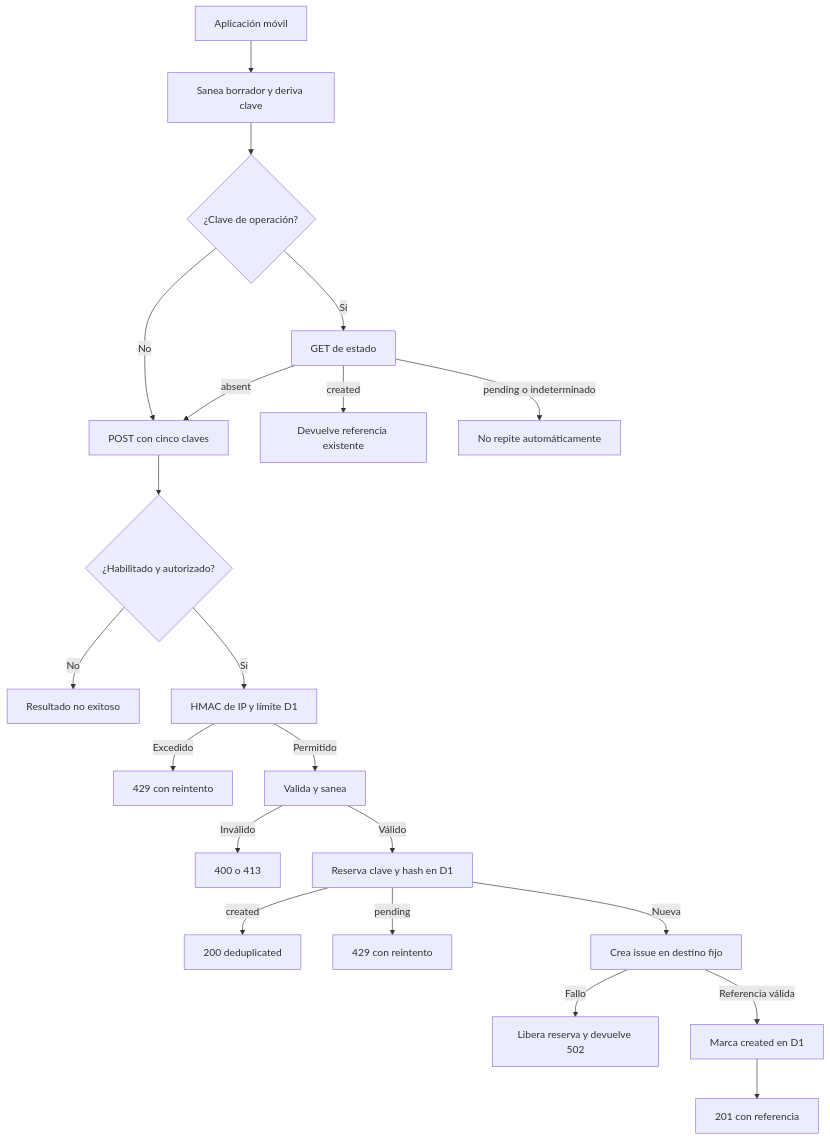
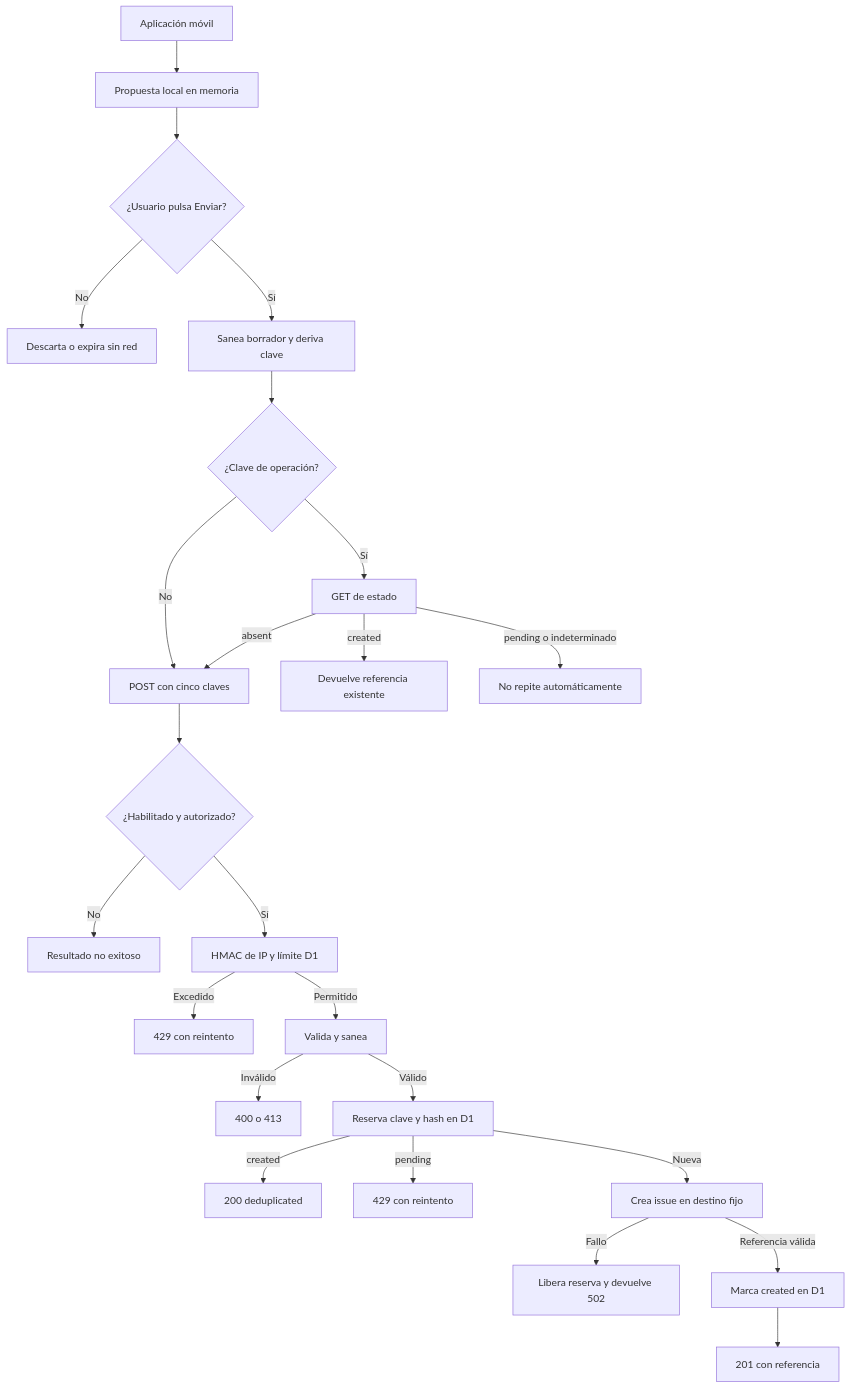
Before and after one commit to maximofn/gymnasia: the diagram in openwiki/services/feedback-worker.md, drawn with Mermaid. The commit also changed other lines of this file and 10 other files, not shown here.

````diff
--- a/openwiki/services/feedback-worker.md
+++ b/openwiki/services/feedback-worker.md
@@ -72,23 +83,26 @@
 ```mermaid
 flowchart TD
-    App["Aplicación móvil"] --> Draft["Sanea borrador y deriva clave"]
+    App["Aplicación móvil"] --> Store["Propuesta local en memoria"]
+    Store --> Consent{"¿Usuario pulsa Enviar?"}
+    Consent -->|"No"| LocalEnd["Descarta o expira sin red"]
+    Consent -->|"Sí"| Draft["Sanea borrador y deriva clave"]
     Draft --> Operation{"¿Clave de operación?"}
     Operation -->|"Sí"| Status["GET de estado"]
     Operation -->|"No"| Post["POST con cinco claves"]
     Status -->|"created"| Existing["Devuelve referencia existente"]
     Status -->|"pending o indeterminado"| Stop["No repite automáticamente"]
     Status -->|"absent"| Post
     Post --> Gate{"¿Habilitado y autorizado?"}
     Gate -->|"No"| Unavailable["Resultado no exitoso"]
     Gate -->|"Sí"| Limit["HMAC de IP y límite D1"]
     Limit -->|"Excedido"| Limited["429 con reintento"]
     Limit -->|"Permitido"| Validate["Valida y sanea"]
     Validate -->|"Inválido"| Rejected["400 o 413"]
     Validate -->|"Válido"| Reserve["Reserva clave y hash en D1"]
     Reserve -->|"created"| Duplicate["200 deduplicated"]
     Reserve -->|"pending"| Pending["429 con reintento"]
     Reserve -->|"Nueva"| GitHub["Crea issue en destino fijo"]
     GitHub -->|"Fallo"| Release["Libera reserva y devuelve 502"]
     GitHub -->|"Referencia válida"| Complete["Marca created en D1"]
     Complete --> Created["201 con referencia"]
 ```
````
